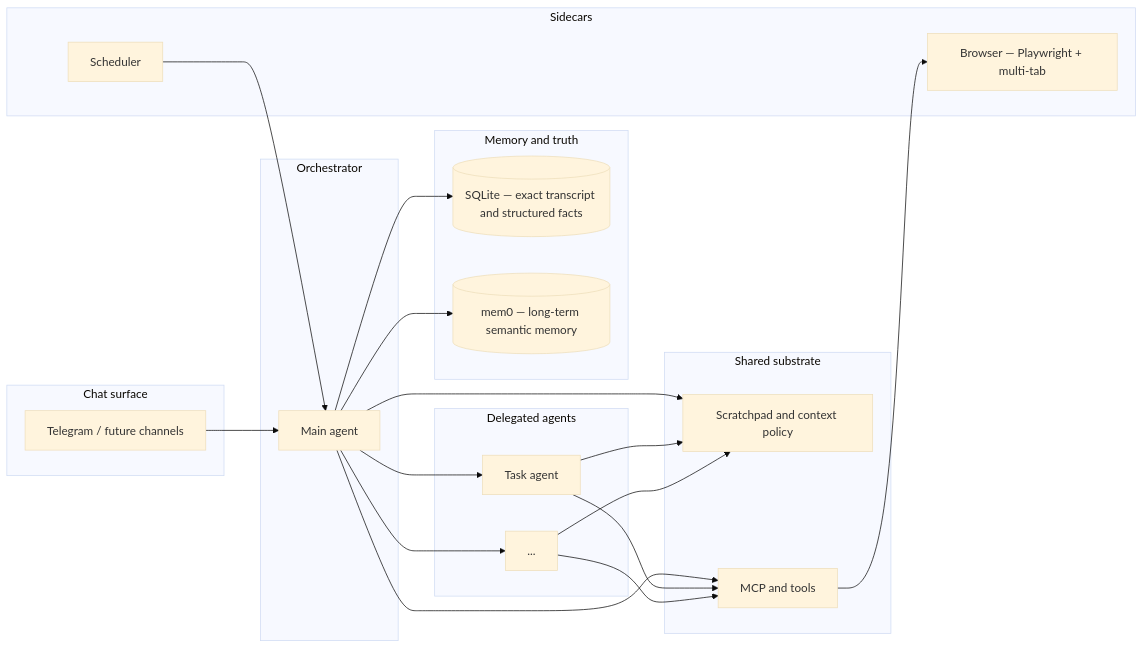
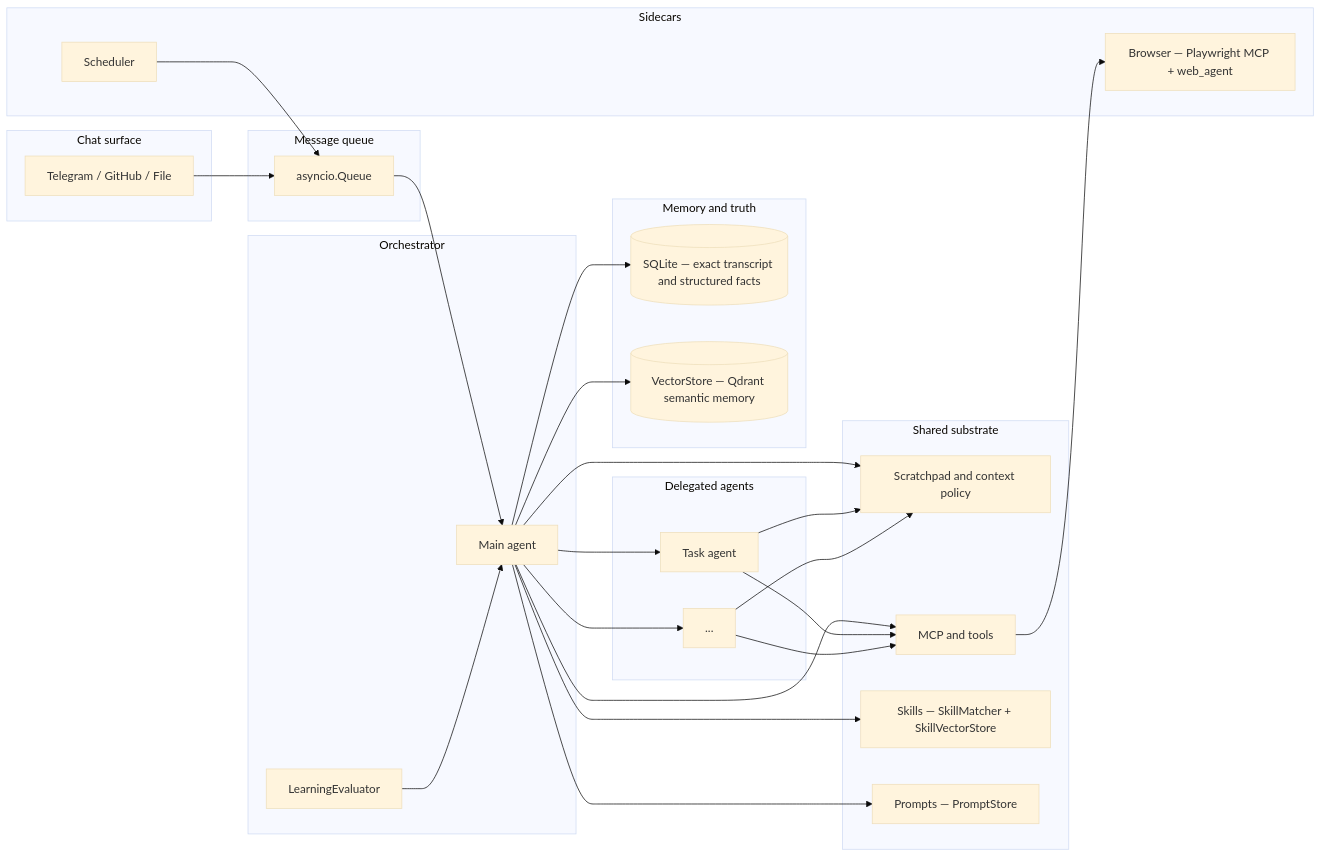
One commit to peara/nanobot changed the first of 2 diagrams in ARCHITECTURE.md. Above: the diagram before and after it, drawn with Mermaid (base theme). The commit also changed other lines of this file and 1 other file, not shown here.

First line of the commit message:
docs: update README and ARCHITECTURE to reflect current codebase

````diff
--- a/ARCHITECTURE.md
+++ b/ARCHITECTURE.md
@@ -19,44 +19,55 @@
 ```mermaid
 flowchart LR
     subgraph chat["Chat surface"]
-        TG[Telegram / future channels]
+        TG[Telegram / GitHub / File]
     end
 
     subgraph core["Orchestrator"]
         O[Main agent]
+        EV[LearningEvaluator]
     end
 
     subgraph workers["Delegated agents"]
         W1[Task agent]
         W2[...]
     end
 
     subgraph substrate["Shared substrate"]
         SP[Scratchpad and context policy]
         MCP[MCP and tools]
+        SK[Skills — SkillMatcher + SkillVectorStore]
+        PS[Prompts — PromptStore]
     end
 
     subgraph data["Memory and truth"]
         SQL[(SQLite — exact transcript and structured facts)]
-        M0[(mem0 — long-term semantic memory)]
+        VS[(VectorStore — Qdrant semantic memory)]
     end
 
     subgraph sidecar["Sidecars"]
         SCH[Scheduler]
-        BR[Browser — Playwright + multi-tab]
+        BR[Browser — Playwright MCP + web_agent]
     end
 
-    TG --> O
+    subgraph queue["Message queue"]
+        MQ[asyncio.Queue]
+    end
+
+    TG --> MQ
+    MQ --> O
     O --> W1
     O --> W2
     O --> SP
     W1 --> SP
     W2 --> SP
     O --> MCP
     W1 --> MCP
     W2 --> MCP
+    O --> SK
     MCP --> BR
     O --> SQL
-    O --> M0
-    SCH --> O
+    O --> VS
+    EV --> O
+    SCH --> MQ
+    O --> PS
 ```
````
